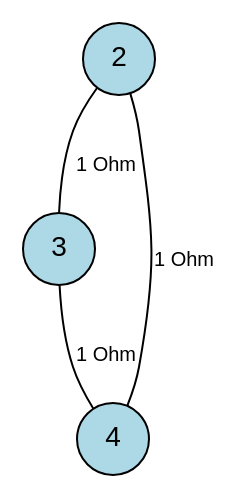
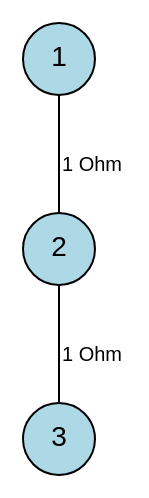
One commit to francescofoglia0/CircuitsProject changed the diagram in BuildProject/depina_ciclo_2.dot. Above: the diagram before and after it, drawn with Graphviz. The commit also changed 22 other files, not shown here.

```diff
--- a/BuildProject/depina_ciclo_2.dot
+++ b/BuildProject/depina_ciclo_2.dot
@@ -1,9 +1,8 @@
 graph Circuito {
     // Stile dei nodi e degli archi
     node [shape=circle, style=filled, fillcolor=lightblue, fontname="Helvetica"];
     edge [fontname="Helvetica", fontsize=10];
 
+    1 -- 2 [label="\n1 Ohm"];
     2 -- 3 [label="\n1 Ohm"];
-    2 -- 4 [label="\n1 Ohm"];
-    3 -- 4 [label="\n1 Ohm"];
 }
```
